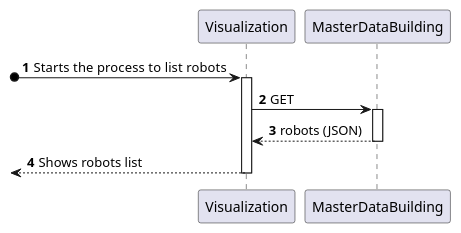
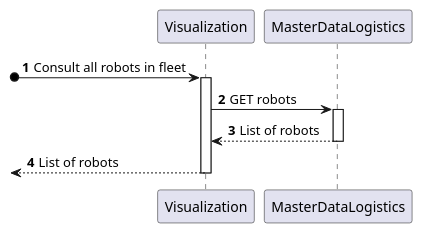
The diagram in Visualization/docs/US_1030/Diagrams/Level2/ProcessView.puml (Pedro-Pereira1/sem5pi_23_24_g056_Visualization), drawn with PlantUML before and after one commit. The commit also changed 12 other files, not shown here.

Commit message:
Added last diagrams and created readme file for US1030

```diff
--- a/Visualization/docs/US_1030/Diagrams/Level2/ProcessView.puml
+++ b/Visualization/docs/US_1030/Diagrams/Level2/ProcessView.puml
@@ -1,21 +1,21 @@
 @startuml
 
 autonumber
 
 participant Visualization
-participant "MasterDataBuilding" as GI
+participant "MasterDataLogistics" as GI
 
-?o-> Visualization: Starts the process to  list robots
+?o-> Visualization: Consult all robots in fleet
 activate Visualization
 
 
-Visualization -> GI: GET 
+Visualization -> GI: GET robots
 activate GI
-GI --> Visualization: robots (JSON)
+GI --> Visualization: List of robots
 deactivate GI
 
-<-- Visualization: Shows robots list
+<-- Visualization: List of robots
 deactivate Visualization
 
 
 @enduml
```
